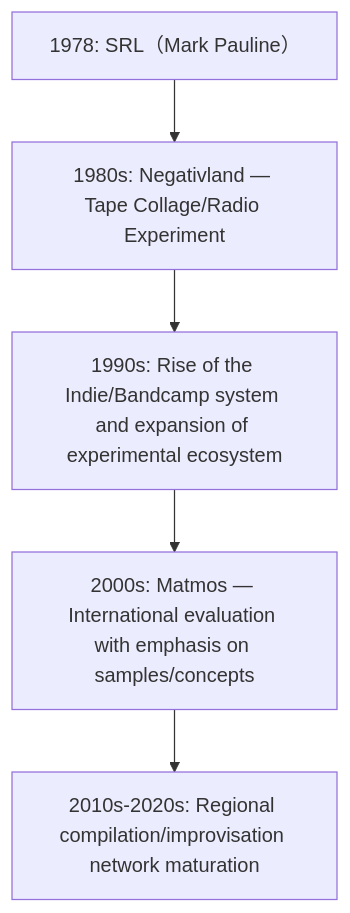
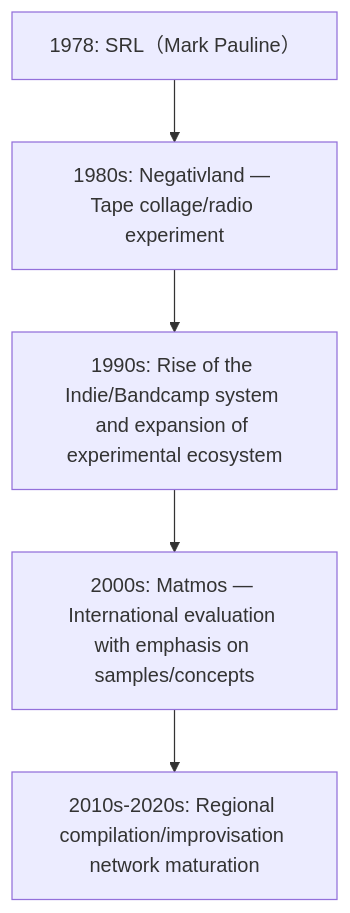
The diagram in en/_posts/2025-10-01-Column-Bay-Area-San-Francisco-Noise.md (monumental-movement/monumental-movement.github.io), drawn with Mermaid before and after one commit. The commit also changed other lines of this file and 395 other files, not shown here.

```diff
--- a/en/_posts/2025-10-01-Column-Bay-Area-San-Francisco-Noise.md
+++ b/en/_posts/2025-10-01-Column-Bay-Area-San-Francisco-Noise.md
@@ -48,7 +48,7 @@
 <div class="mermaid">
 flowchart TD
-    A["1978: SRL（Mark Pauline）"] --> B["1980s: Negativland — Tape Collage/Radio Experiment"]
+    A["1978: SRL（Mark Pauline）"] --> B["1980s: Negativland — Tape collage/radio experiment"]
     B --> C["1990s: Rise of the Indie/Bandcamp system and expansion of experimental ecosystem"]
     C --> D["2000s: Matmos — International evaluation with emphasis on samples/concepts"]
     D --> E["2010s-2020s: Regional compilation/improvisation network maturation"]
 </div>
```
